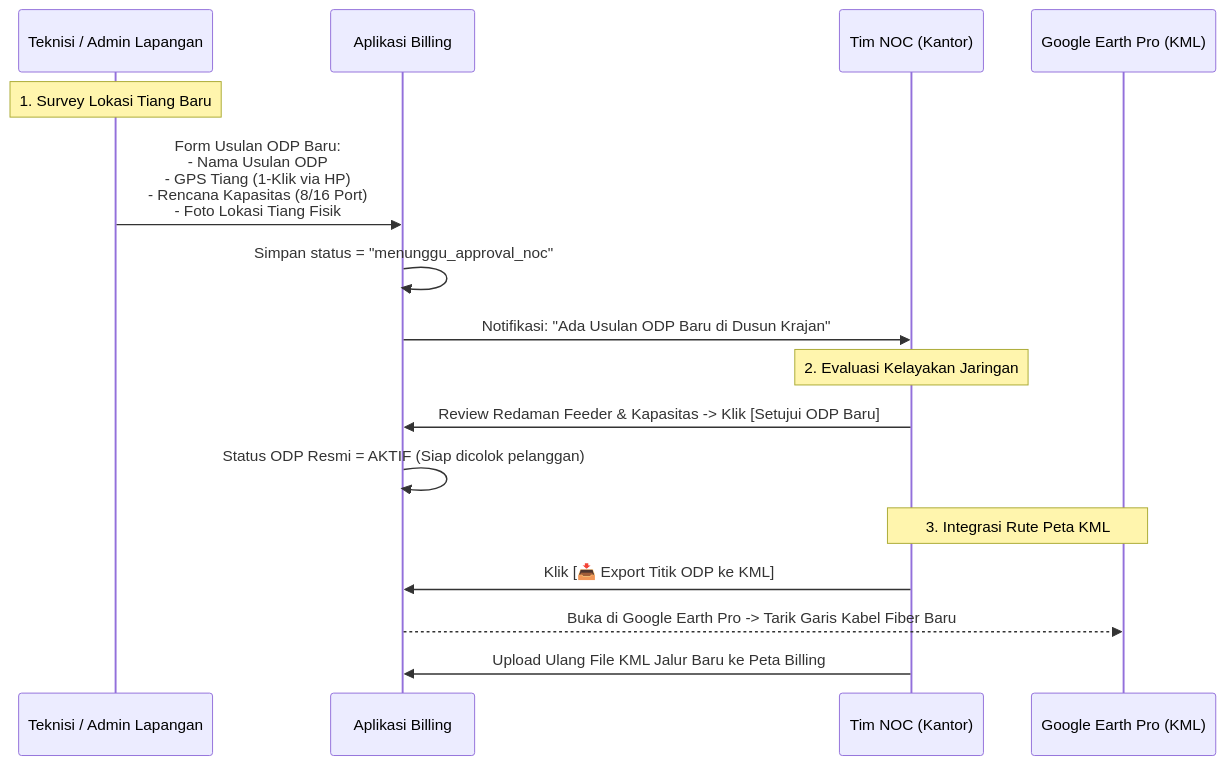
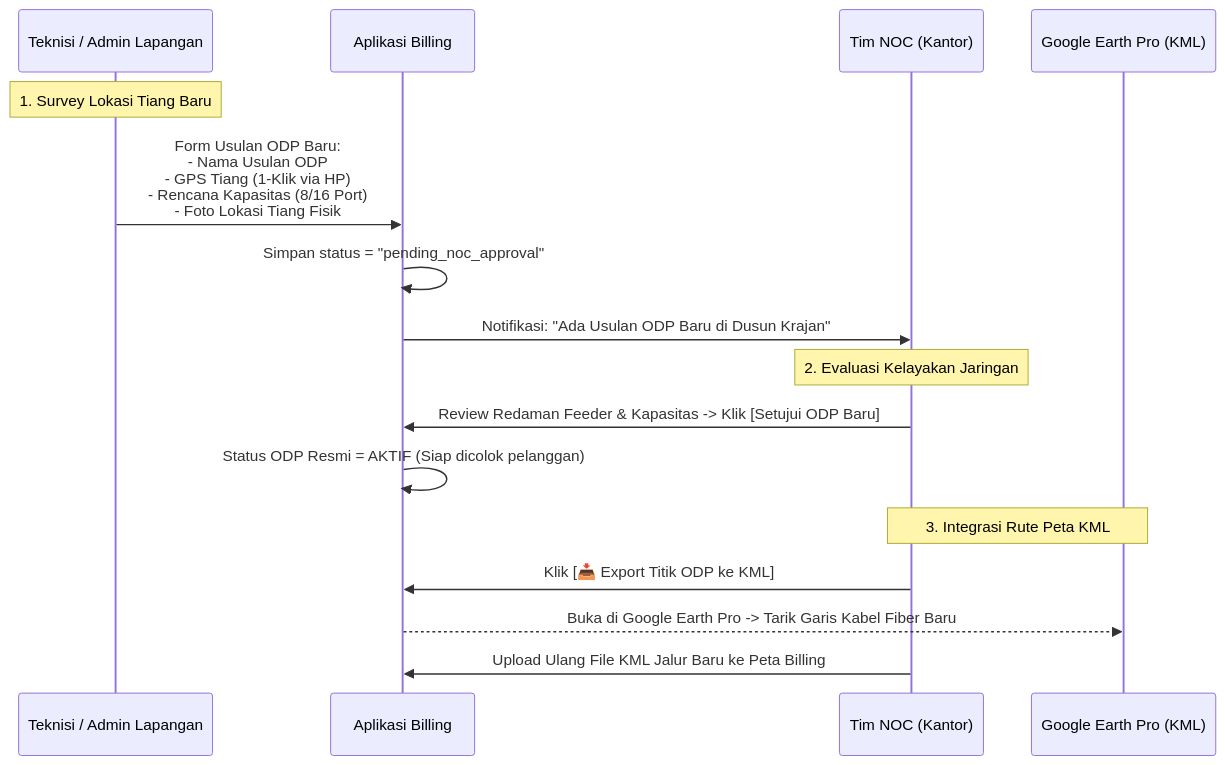
Diagram 11 of 16 in docs/cara-kerja.md (revroger007/billing-isp-v2), drawn with Mermaid before and after one commit. The commit also changed other lines of this file and 2 other files, not shown here.

````diff
--- a/docs/cara-kerja.md
+++ b/docs/cara-kerja.md
@@ -990,21 +990,21 @@
 ```mermaid
 sequenceDiagram
     participant TEK as Teknisi / Admin Lapangan
     participant APP as Aplikasi Billing
     participant NOC as Tim NOC (Kantor)
     participant GE as Google Earth Pro (KML)
 
     Note over TEK: 1. Survey Lokasi Tiang Baru
     TEK->>APP: Form Usulan ODP Baru:<br>- Nama Usulan ODP<br>- GPS Tiang (1-Klik via HP)<br>- Rencana Kapasitas (8/16 Port)<br>- Foto Lokasi Tiang Fisik
-    APP->>APP: Simpan status = "menunggu_approval_noc"
+    APP->>APP: Simpan status = "pending_noc_approval"
     APP->>NOC: Notifikasi: "Ada Usulan ODP Baru di Dusun Krajan"
 
     Note over NOC: 2. Evaluasi Kelayakan Jaringan
     NOC->>APP: Review Redaman Feeder & Kapasitas -> Klik [Setujui ODP Baru]
     APP->>APP: Status ODP Resmi = AKTIF (Siap dicolok pelanggan)
 
     Note over NOC,GE: 3. Integrasi Rute Peta KML
     NOC->>APP: Klik [📥 Export Titik ODP ke KML]
     APP-->>GE: Buka di Google Earth Pro -> Tarik Garis Kabel Fiber Baru
     NOC->>APP: Upload Ulang File KML Jalur Baru ke Peta Billing
 ```
````
